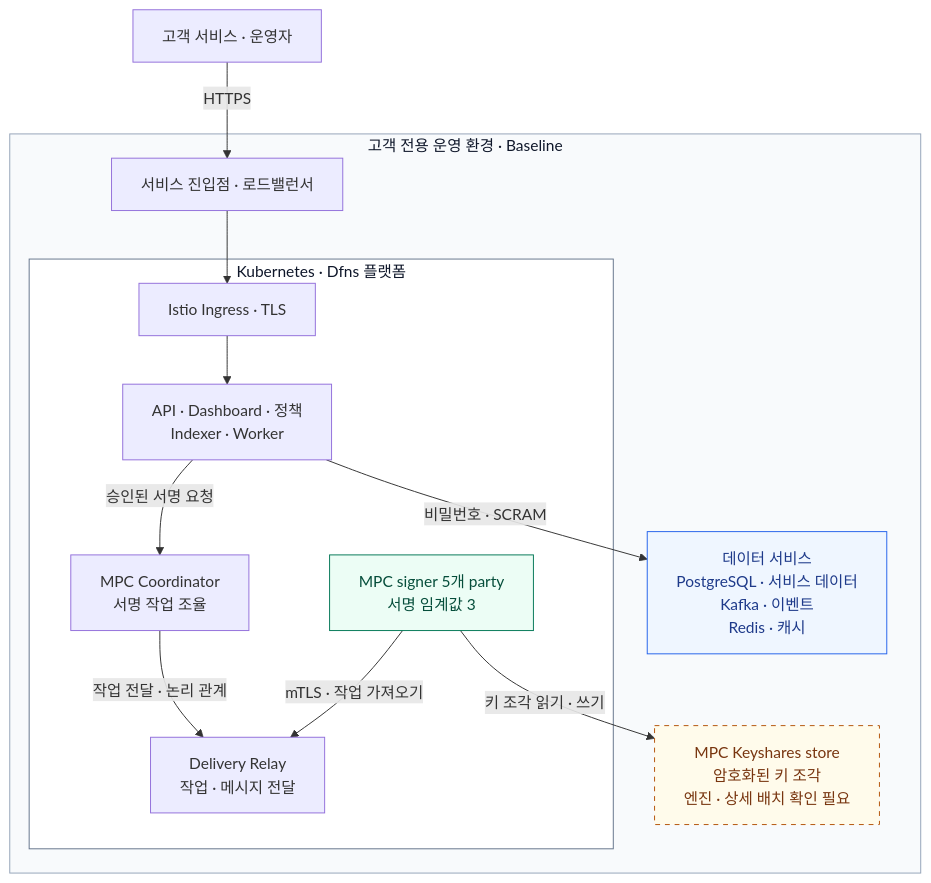
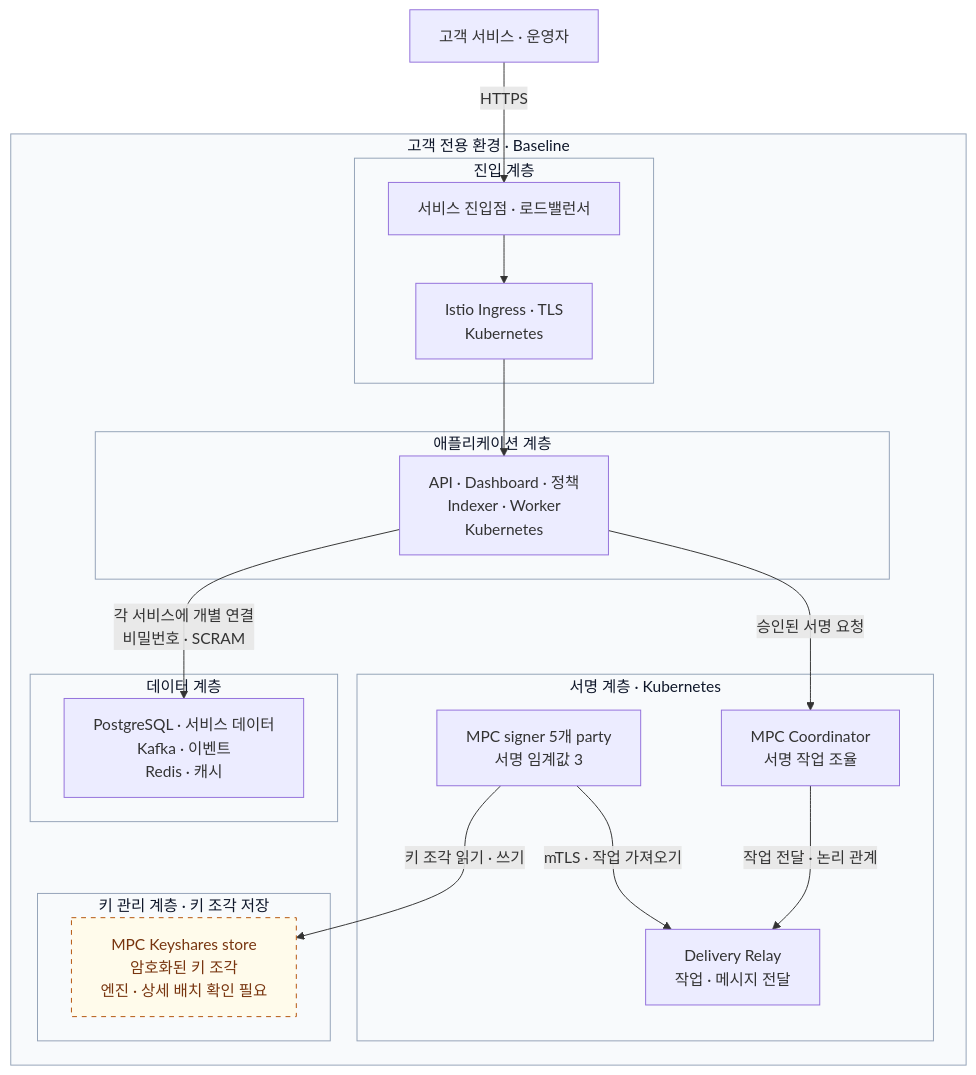
One commit to eunsujeo/eunpus changed the second of 8 diagrams in blockchain-manager/docs/WaaS 도입·구축/Dfns/03-baseline-datacenter-design.md. Above: the diagram before and after it, drawn with Mermaid. The commit also changed other lines of this file and 2 other files, not shown here.

Commit message:
docs: group Dfns Baseline diagrams by architecture layer

````diff
--- a/blockchain-manager/docs/WaaS 도입·구축/Dfns/03-baseline-datacenter-design.md
+++ b/blockchain-manager/docs/WaaS 도입·구축/Dfns/03-baseline-datacenter-design.md
@@ -56,32 +72,42 @@
 ```mermaid
+%%{init: {"themeCSS": "foreignObject { line-height: 1.5; }"}}%%
 flowchart TB
     CLIENT["고객 서비스 · 운영자"]
-    subgraph ENV["고객 전용 운영 환경 · Baseline"]
-        LB["서비스 진입점 · 로드밸런서"]
-        subgraph K8S["Kubernetes · Dfns 플랫폼"]
-            INGRESS["Istio Ingress · TLS"]
-            APP["API · Dashboard · 정책<br/>Indexer · Worker"]
+    subgraph ENV["고객 전용 환경 · Baseline"]
+        subgraph ENTRY["진입 계층"]
+            LB["서비스 진입점 · 로드밸런서"]
+            INGRESS["Istio Ingress · TLS<br/>Kubernetes"]
+            LB --> INGRESS
+        end
+        subgraph APPLICATION["애플리케이션 계층"]
+            APP["API · Dashboard · 정책<br/>Indexer · Worker<br/>Kubernetes"]
+        end
+        subgraph SIGNING["서명 계층 · Kubernetes"]
             COORD["MPC Coordinator<br/>서명 작업 조율"]
             RELAY["Delivery Relay<br/>작업 · 메시지 전달"]
             SIGN["MPC signer 5개 party<br/>서명 임계값 3"]
-            INGRESS --> APP
-            APP -->|"승인된 서명 요청"| COORD
             COORD -->|"작업 전달 · 논리 관계"| RELAY
             SIGN -->|"mTLS · 작업 가져오기"| RELAY
         end
-        DATA["데이터 서비스<br/>PostgreSQL · 서비스 데이터<br/>Kafka · 이벤트<br/>Redis · 캐시"]
-        KEYS["MPC Keyshares store<br/>암호화된 키 조각<br/>엔진 · 상세 배치 확인 필요"]
-        LB --> INGRESS
-        APP -->|"비밀번호 · SCRAM"| DATA
+        subgraph DATA["데이터 계층"]
+            STORES["PostgreSQL · 서비스 데이터<br/>Kafka · 이벤트<br/>Redis · 캐시"]
+        end
+        subgraph KEYMGMT["키 관리 계층 · 키 조각 저장"]
+            KEYS["MPC Keyshares store<br/>암호화된 키 조각<br/>엔진 · 상세 배치 확인 필요"]
+        end
+        INGRESS --> APP
+        APP -->|"승인된 서명 요청"| COORD
+        APP -->|"각 서비스에 개별 연결<br/>비밀번호 · SCRAM"| STORES
         SIGN -->|"키 조각 읽기 · 쓰기"| KEYS
     end
     CLIENT -->|"HTTPS"| LB
-    classDef signing fill:#ecfdf5,stroke:#047857,color:#064e3b
-    classDef data fill:#eff6ff,stroke:#2563eb,color:#1e3a8a
     classDef pending fill:#fffbeb,stroke:#b45309,color:#78350f,stroke-dasharray:5 5
+    class KEYS pending
+
     style ENV fill:#f8fafc,stroke:#94a3b8,color:#0f172a
-    style K8S fill:#fff,stroke:#64748b,color:#0f172a
-    class SIGN signing
-    class DATA data
-    class KEYS pending
+    style ENTRY fill:#f8fafc,stroke:#94a3b8,color:#0f172a
+    style APPLICATION fill:#f8fafc,stroke:#94a3b8,color:#0f172a
+    style SIGNING fill:#f8fafc,stroke:#94a3b8,color:#0f172a
+    style DATA fill:#f8fafc,stroke:#94a3b8,color:#0f172a
+    style KEYMGMT fill:#f8fafc,stroke:#94a3b8,color:#0f172a
 ```
````
